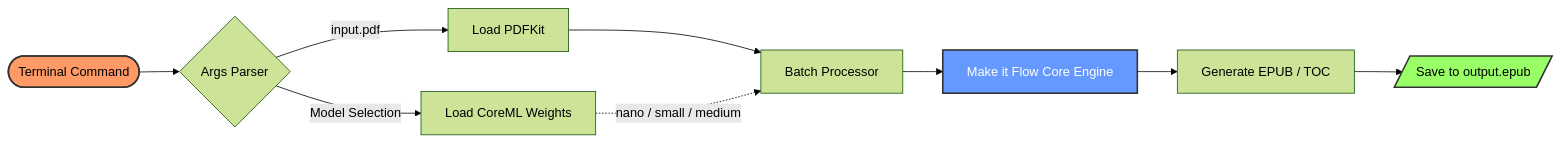
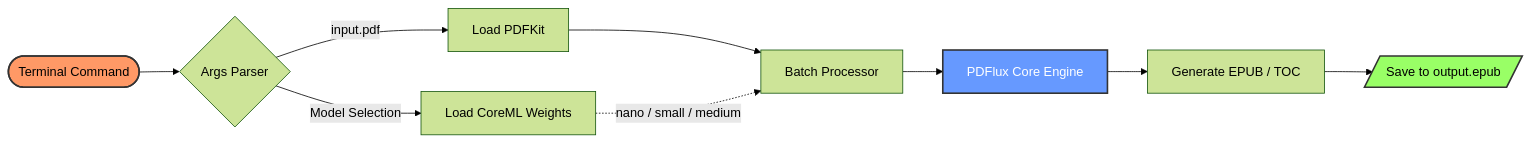
Before and after one commit to codinguniversefromEric/Make_it_Flow_IOS: the first of 2 diagrams in README.md, drawn with Mermaid (forest theme). The commit also changed other lines of this file and 8 other files, not shown here.

````diff
--- a/README.md
+++ b/README.md
@@ -24,17 +29,17 @@
 ```mermaid
 flowchart LR
     A([Terminal Command]) --> B{"Args Parser"}
     B -->|input.pdf| C["Load PDFKit"]
     B -->|Model Selection| D["Load CoreML Weights"]
     
     C --> E["Batch Processor"]
     D -.->|nano / small / medium| E
     
-    E --> F["Make it Flow Core Engine"]
+    E --> F["PDFlux Core Engine"]
     F --> G["Generate EPUB / TOC"]
     G --> H[/"Save to output.epub"/]
     
     style A fill:#f96,stroke:#333,stroke-width:2px
     style H fill:#9f6,stroke:#333,stroke-width:2px
     style F fill:#69f,stroke:#333,stroke-width:2px,color:#fff
 ```
````
